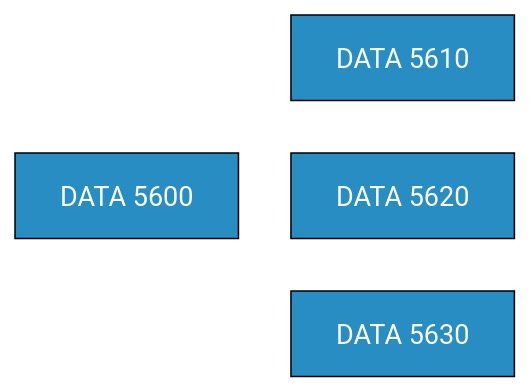
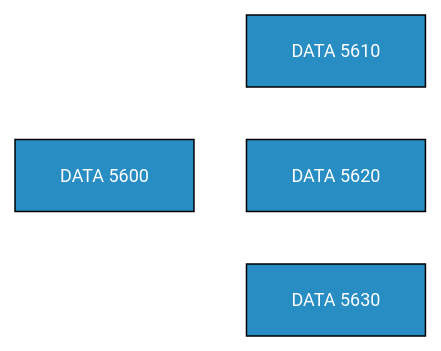
One commit to marcdotson/data-5600 changed the diagram in README.md. Above: the diagram before and after it, drawn with Mermaid. The commit also changed 1 other file, not shown here.

Commit message:
More syllabus chart changes

````diff
--- a/README.md
+++ b/README.md
@@ -119,10 +119,10 @@
 ``` mermaid
 %%{init: {
   "theme": "base",
-  "themeVariables": { "fontFamily": "Lato, sans-serif", "fontSize": "18px", "primaryColor": "#288DC2", 
+  "themeVariables": { "fontSize": "12px", "primaryColor": "#288DC2", 
   "lineColor": "#FFFFFF", "primaryBorderColor": "#000000", "primaryTextColor": "#FFFFFF" },
   "flowchart": { "htmlLabels": false, "wrappingWidth": 160, "diagramPadding": 8, "nodeSpacing": 35, "rankSpacing": 35 }
 }}%%
 flowchart LR
 C["DATA 5600"] --> D["DATA 5610"] & E["DATA 5620"] & F["DATA 5630"]
 ```
````
